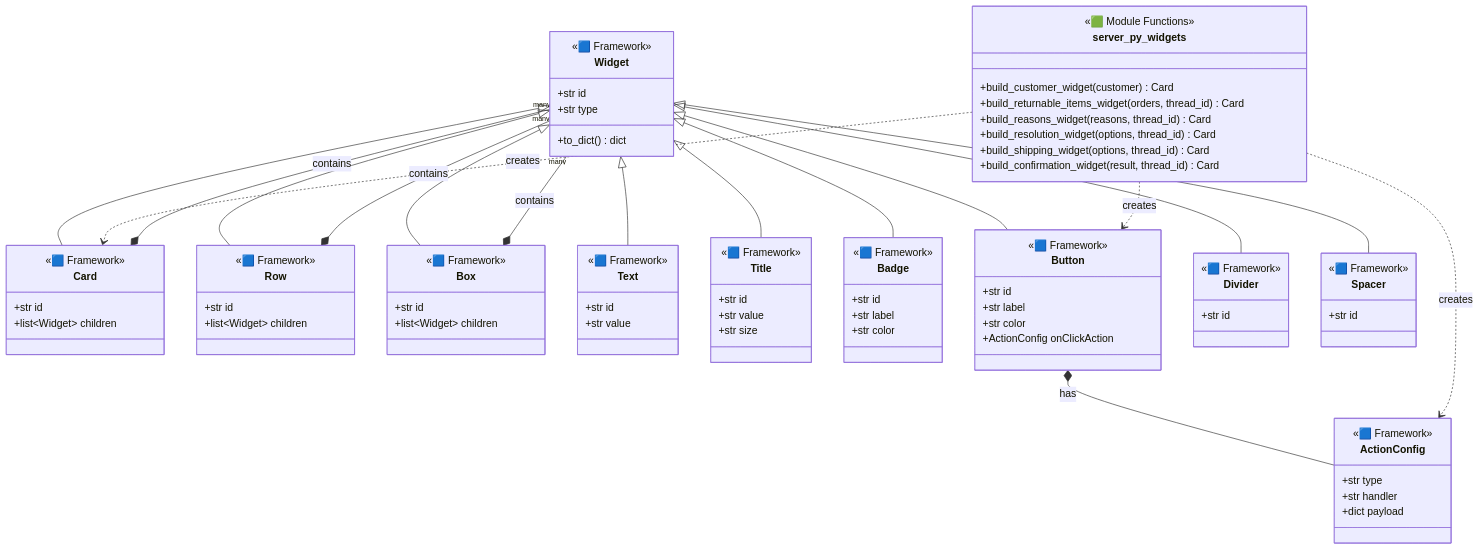
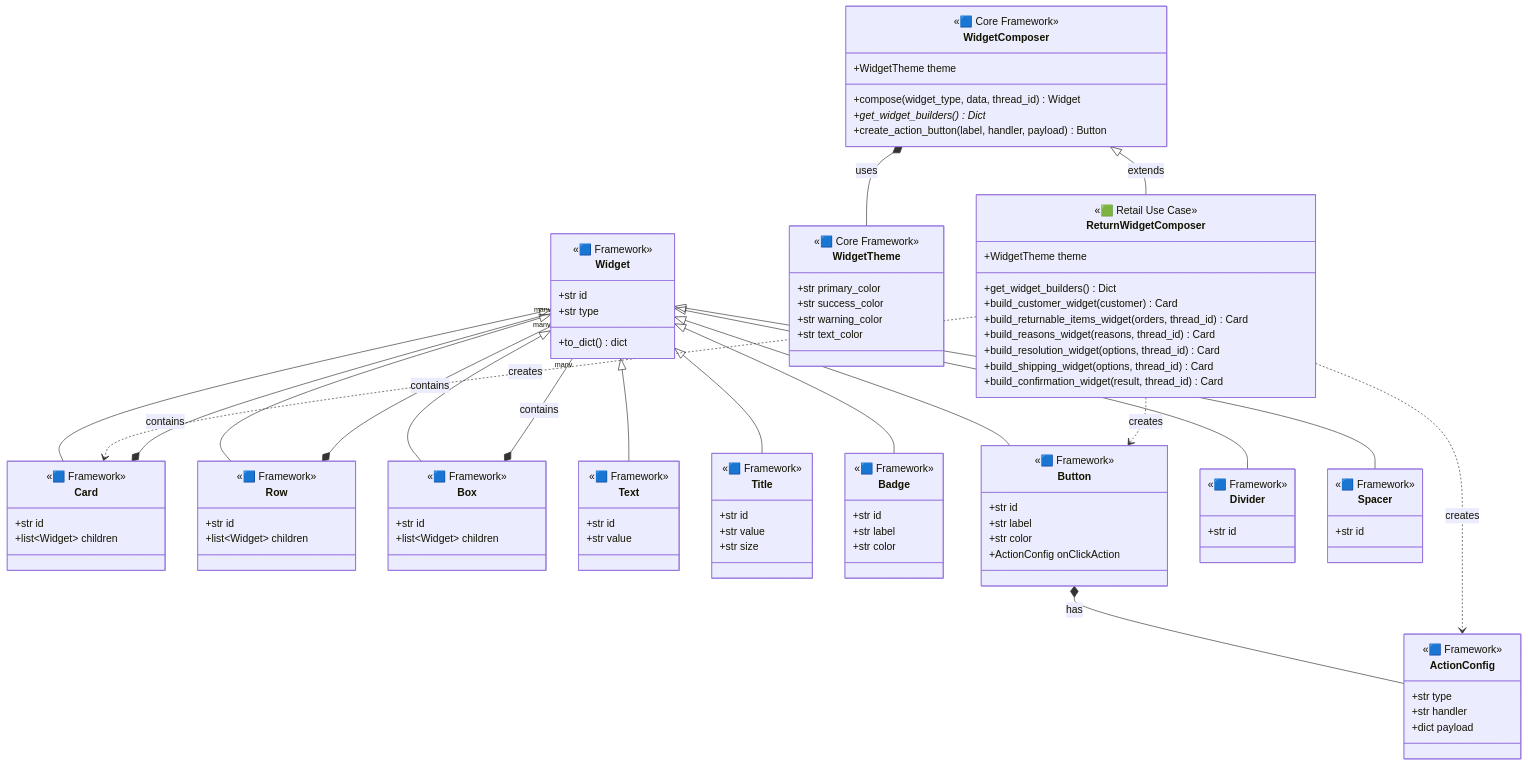
The third of 12 diagrams in docs/DIAGRAMS.md (MSFT-Innovation-Hub-India/Chatkit-Order-Return-Sample), drawn with Mermaid before and after one commit. The commit also changed other lines of this file and 26 other files, not shown here.

````diff
--- a/docs/DIAGRAMS.md
+++ b/docs/DIAGRAMS.md
@@ -272,9 +335,28 @@
         +dict payload
     }
     
-    %% Custom Widget Builders (Green) - Module functions in server.py
-    class server_py_widgets {
-        <<🟩 Module Functions>>
+    %% Core WidgetComposer (Blue - core/)
+    class WidgetComposer {
+        <<🟦 Core Framework>>
+        +WidgetTheme theme
+        +compose(widget_type, data, thread_id) Widget
+        +get_widget_builders()* Dict
+        +create_action_button(label, handler, payload) Button
+    }
+    
+    class WidgetTheme {
+        <<🟦 Core Framework>>
+        +str primary_color
+        +str success_color
+        +str warning_color
+        +str text_color
+    }
+    
+    %% Retail WidgetComposer (Green)
+    class ReturnWidgetComposer {
+        <<🟩 Retail Use Case>>
+        +WidgetTheme theme
+        +get_widget_builders() Dict
         +build_customer_widget(customer) Card
         +build_returnable_items_widget(orders, thread_id) Card
         +build_reasons_widget(reasons, thread_id) Card
@@ -294,13 +376,16 @@
     Widget <|-- Divider
     Widget <|-- Spacer
     
+    WidgetComposer <|-- ReturnWidgetComposer : extends
+    WidgetComposer *-- WidgetTheme : uses
+    
     %% Composition
     Card *-- "many" Widget : contains
     Row *-- "many" Widget : contains
     Box *-- "many" Widget : contains
     Button *-- ActionConfig : has
     
-    server_py_widgets ..> Card : creates
-    server_py_widgets ..> Button : creates
-    server_py_widgets ..> ActionConfig : creates
+    ReturnWidgetComposer ..> Card : creates
+    ReturnWidgetComposer ..> Button : creates
+    ReturnWidgetComposer ..> ActionConfig : creates
 ```
````
